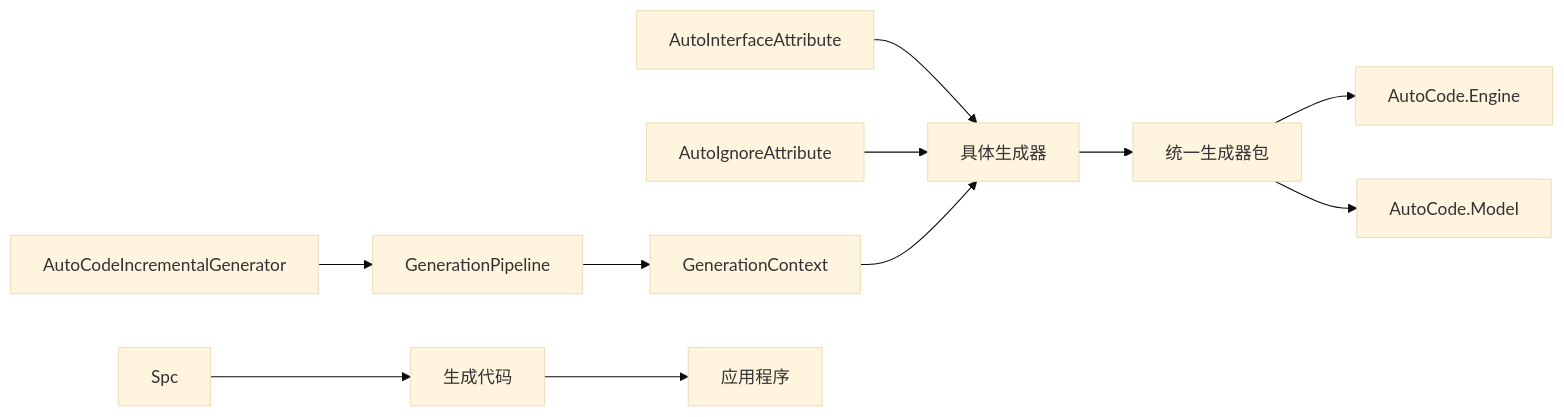
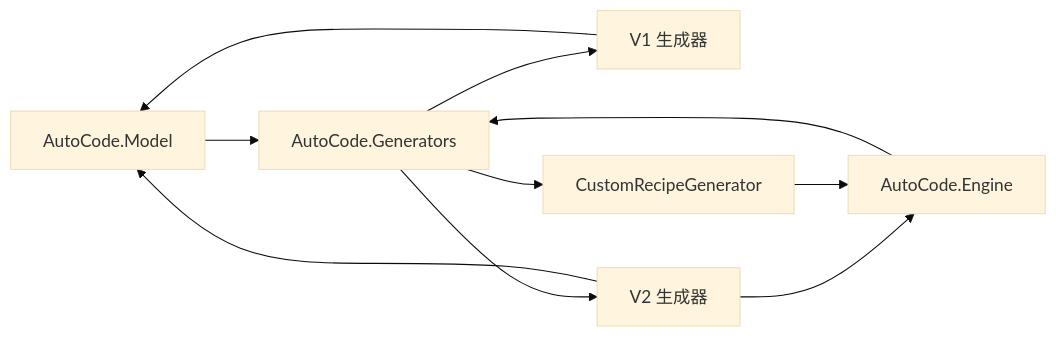
Before and after one commit to alivy/AutoCode: the third of 3 diagrams in .qoder/repowiki/zh/content/源代码生成器/源代码生成器.md, drawn with Mermaid (base theme). The commit also changed other lines of this file and 279 other files, not shown here.

````diff
--- a/.qoder/repowiki/zh/content/源代码生成器/源代码生成器.md
+++ b/.qoder/repowiki/zh/content/源代码生成器/源代码生成器.md
@@ -419,13 +213,12 @@
 ```mermaid
 graph LR
-Attr["AutoInterfaceAttribute"] --> Gen["具体生成器"]
-Ignore["AutoIgnoreAttribute"] --> Gen
-Gen --> UniGen["统一生成器包"]
-IncGen["AutoCodeIncrementalGenerator"] --> Pipe["GenerationPipeline"]
-Pipe --> Ctx["GenerationContext"]
-Ctx --> Gen
-Spc --> Out["生成代码"]
-Out --> App["应用程序"]
-UniGen --> Engine["AutoCode.Engine"]
-UniGen --> Model["AutoCode.Model"]
+Model["AutoCode.Model"] --> Generators["AutoCode.Generators"]
+Engine["AutoCode.Engine"] --> Generators
+Generators --> V1["V1 生成器"]
+Generators --> V2["V2 生成器"]
+Generators --> Custom["CustomRecipeGenerator"]
+V1 --> Model
+V2 --> Model
+V2 --> Engine
+Custom --> Engine
 ```
````
